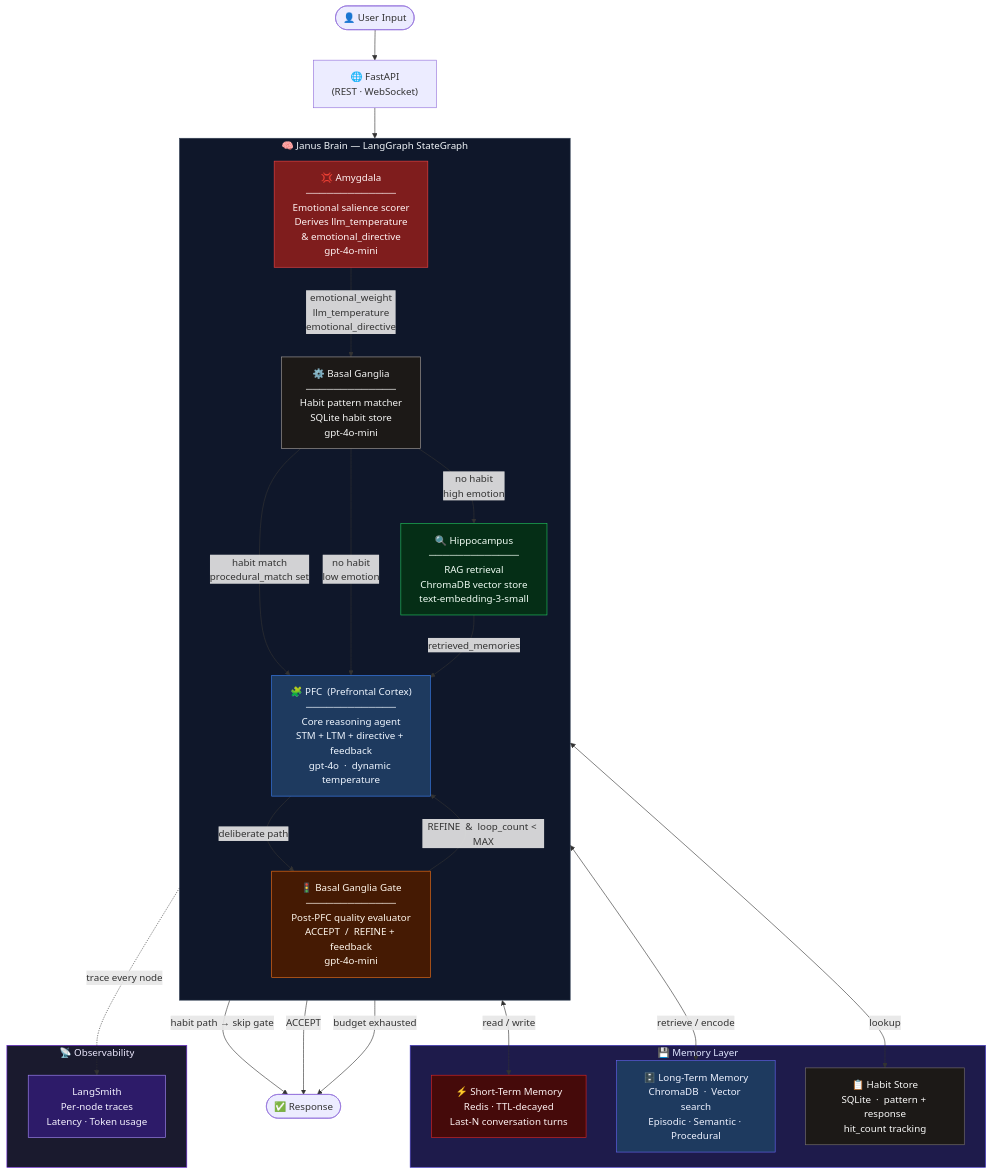
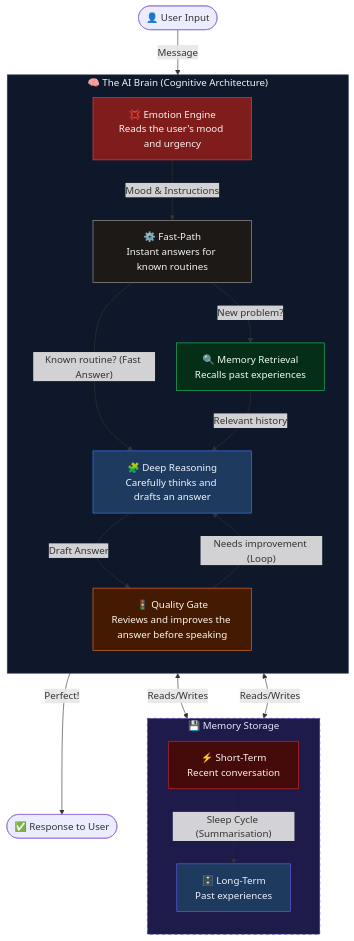
One commit to thimbleberrysystems/janus-process changed the diagram in README.md. Above: the diagram before and after it, drawn with Mermaid. The commit also changed other lines of this file, not shown here.

Commit message:
docs(readme): update architecture diagram and add LTM summarisation process

````diff
--- a/README.md
+++ b/README.md
@@ -43,62 +43,52 @@
 ```mermaid
 flowchart TD
     User(["👤 User Input"])
-    API["🌐 FastAPI\n(REST · WebSocket)"]
 
-    subgraph BRAIN ["🧠  Janus Brain  —  LangGraph StateGraph"]
+    subgraph BRAIN ["🧠 The AI Brain (Cognitive Architecture)"]
         direction TB
 
-        AMY["💢 Amygdala\n─────────────\nEmotional salience scorer\nDerives llm_temperature\n& emotional_directive\ngpt-4o-mini"]
+        AMY["💢 Emotion Engine\nReads the user's mood and urgency"]
 
-        BG["⚙️ Basal Ganglia\n─────────────\nHabit pattern matcher\nSQLite habit store\ngpt-4o-mini"]
+        BG_FAST["⚙️ Fast-Path\nInstant answers for known routines"]
 
-        HIPP["🔍 Hippocampus\n─────────────\nRAG retrieval\nChromaDB vector store\ntext-embedding-3-small"]
+        HIPP["🔍 Memory Retrieval\nRecalls past experiences"]
 
-        PFC["🧩 PFC  (Prefrontal Cortex)\n─────────────\nCore reasoning agent\nSTM + LTM + directive + feedback\ngpt-4o  ·  dynamic temperature"]
+        PFC["🧩 Deep Reasoning\nCarefully thinks and drafts an answer"]
 
-        GATE["🚦 Basal Ganglia Gate\n─────────────\nPost-PFC quality evaluator\nACCEPT  /  REFINE + feedback\ngpt-4o-mini"]
+        GATE["🚦 Quality Gate\nReviews and improves the answer before speaking"]
     end
 
-    subgraph MEMORY ["💾  Memory Layer"]
-        STM["⚡ Short-Term Memory\nRedis  ·  TTL-decayed\nLast-N conversation turns"]
-        LTM["🗄️ Long-Term Memory\nChromaDB  ·  Vector search\nEpisodic · Semantic · Procedural"]
-        HABITS["📋 Habit Store\nSQLite  ·  pattern + response\nhit_count tracking"]
+    subgraph STORAGE ["💾 Memory Storage"]
+        direction TB
+        STM["⚡ Short-Term\nRecent conversation"]
+        LTM["🗄️ Long-Term\nPast experiences"]
     end
 
-    subgraph OBSERVE ["📡  Observability"]
-        LS["LangSmith\nPer-node traces\nLatency · Token usage"]
-    end
+    User -->|"Message"| AMY
+    AMY -->|"Mood & Instructions"| BG_FAST
 
-    User --> API --> AMY
-    AMY -->|"emotional_weight\nllm_temperature\nemotional_directive"| BG
+    BG_FAST -->|"Known routine? (Fast Answer)"| PFC
+    BG_FAST -->|"New problem?"| HIPP
 
-    BG -->|"habit match\nprocedural_match set"| PFC
-    BG -->|"no habit\nhigh emotion"| HIPP
-    BG -->|"no habit\nlow emotion"| PFC
-    HIPP -->|"retrieved_memories"| PFC
+    HIPP -->|"Relevant history"| PFC
 
-    PFC -->|"habit path → skip gate"| OUT(["✅ Response"])
-    PFC -->|"deliberate path"| GATE
+    PFC <-->|"Reads/Writes"| STM
+    HIPP <-->|"Reads/Writes"| LTM
 
-    GATE -->|"ACCEPT"| OUT
-    GATE -->|"REFINE  &  loop_count < MAX"| PFC
-    GATE -->|"budget exhausted"| OUT
+    PFC -->|"Draft Answer"| GATE
+    GATE -->|"Needs improvement (Loop)"| PFC
+    GATE -->|"Perfect!"| OUT(["✅ Response to User"])
 
-    PFC <-->|"read / write"| STM
-    HIPP <-->|"retrieve / encode"| LTM
-    BG <-->|"lookup"| HABITS
-    BRAIN -.->|"trace every node"| LS
+    %% Sleep Cycle / Consolidation
+    STM -.->|"Sleep Cycle (Summarisation)"| LTM
 
     style BRAIN fill:#0f172a,stroke:#334155,color:#f1f5f9
-    style MEMORY fill:#1e1b4b,stroke:#4338ca,color:#e0e7ff
-    style OBSERVE fill:#1a1a2e,stroke:#6d28d9,color:#ede9fe
+    style STORAGE fill:#1e1b4b,stroke:#4338ca,color:#e0e7ff,stroke-dasharray: 5 5
     style AMY fill:#7f1d1d,stroke:#ef4444,color:#fef2f2
-    style BG fill:#1c1917,stroke:#a8a29e,color:#f5f5f4
+    style BG_FAST fill:#1c1917,stroke:#a8a29e,color:#f5f5f4
     style HIPP fill:#052e16,stroke:#22c55e,color:#f0fdf4
     style PFC fill:#1e3a5f,stroke:#3b82f6,color:#eff6ff
     style GATE fill:#451a03,stroke:#f97316,color:#fff7ed
     style STM fill:#450a0a,stroke:#dc2626,color:#fef2f2
     style LTM fill:#1e3a5f,stroke:#6366f1,color:#eef2ff
-    style HABITS fill:#1c1917,stroke:#78716c,color:#fafaf9
-    style LS fill:#2d1b69,stroke:#a78bfa,color:#f5f3ff
 ```
````
